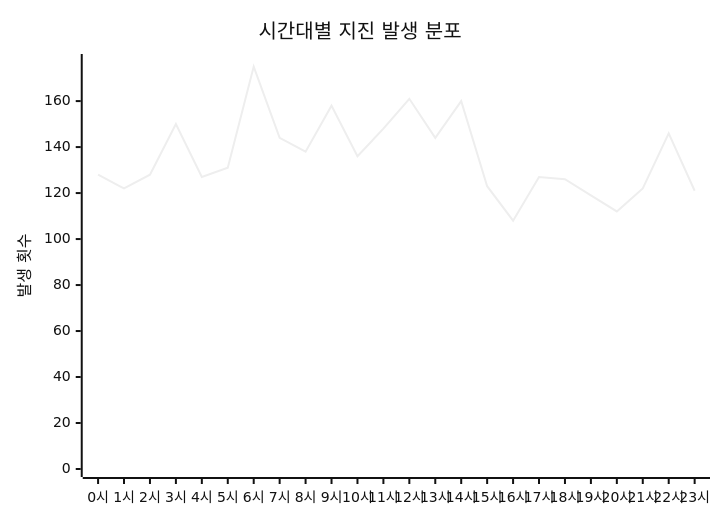
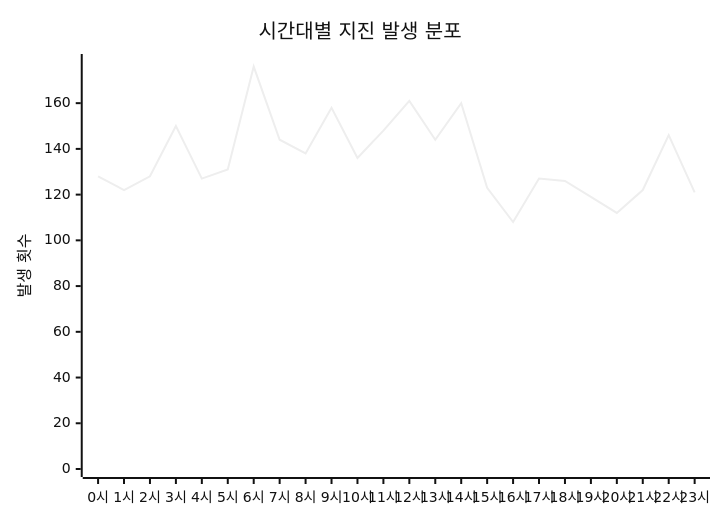
One commit to serendip811/japan-eq changed the diagram in charts/time-chart.md. Above: the diagram before and after it, drawn with Mermaid (neutral theme). The commit also changed other lines of this file and 5 other files, not shown here.

Commit message:
Update earthquake data and charts Sat Dec 20 07:04:28 UTC 2025

````diff
--- a/charts/time-chart.md
+++ b/charts/time-chart.md
@@ -3,7 +3,7 @@
 ```mermaid
 xychart-beta
     title "시간대별 지진 발생 분포"
     x-axis ["0시", "1시", "2시", "3시", "4시", "5시", "6시", "7시", "8시", "9시", "10시", "11시", "12시", "13시", "14시", "15시", "16시", "17시", "18시", "19시", "20시", "21시", "22시", "23시"]
-    y-axis "발생 횟수" 0 --> 177
-    line [128, 122, 128, 150, 127, 131, 175, 144, 138, 158, 136, 148, 161, 144, 160, 123, 108, 127, 126, 119, 112, 122, 146, 121]
+    y-axis "발생 횟수" 0 --> 178
+    line [128, 122, 128, 150, 127, 131, 176, 144, 138, 158, 136, 148, 161, 144, 160, 123, 108, 127, 126, 119, 112, 122, 146, 121]
 ```
````
